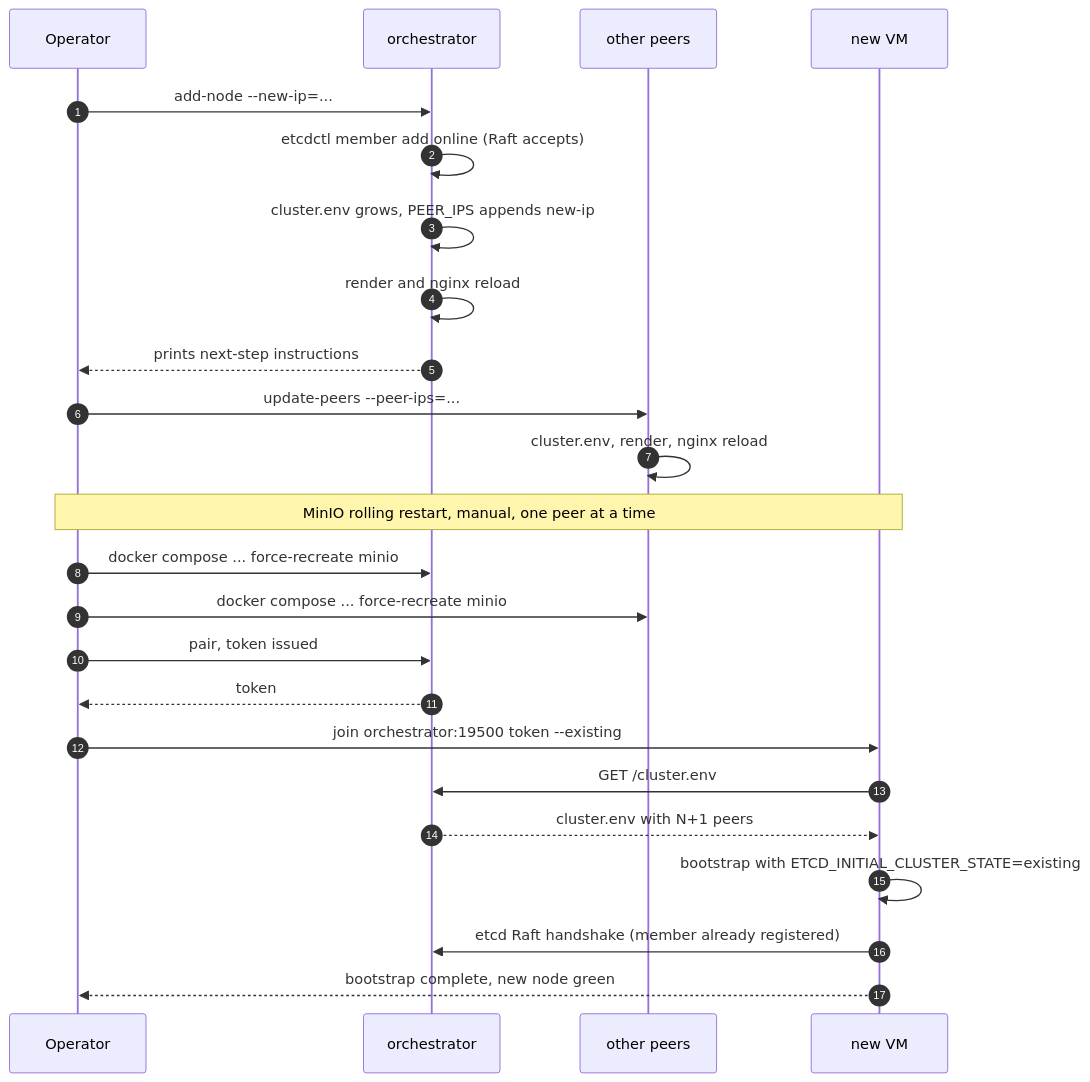
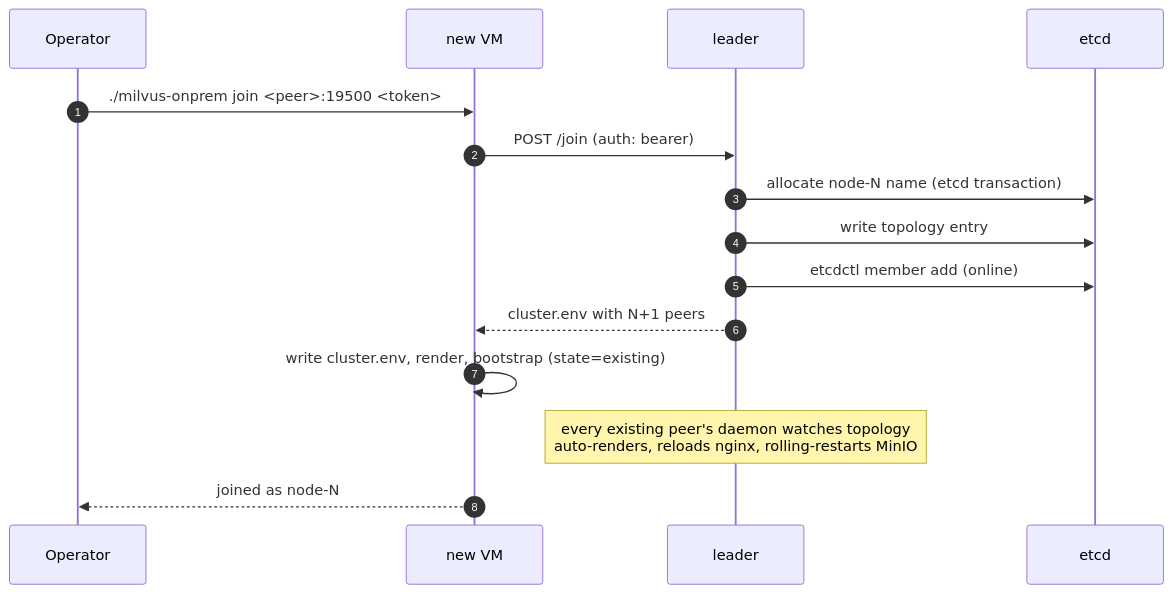
The diagram in docs/OPERATIONS.md (codeadeel/milvus-onprem), drawn with Mermaid before and after one commit. The commit also changed other lines of this file and 27 other files, not shown here.

````diff
--- a/docs/OPERATIONS.md
+++ b/docs/OPERATIONS.md
@@ -287,30 +256,18 @@
 ```mermaid
 sequenceDiagram
   autonumber
   participant Op as Operator
-  participant N1 as orchestrator
-  participant N2 as other peers
-  participant N4 as new VM
+  participant New as new VM
+  participant Lead as leader
+  participant Etcd as etcd
 
-  Op->>N1: add-node --new-ip=...
-  N1->>N1: etcdctl member add online (Raft accepts)
-  N1->>N1: cluster.env grows, PEER_IPS appends new-ip
-  N1->>N1: render and nginx reload
-  N1-->>Op: prints next-step instructions
-
-  Op->>N2: update-peers --peer-ips=...
-  N2->>N2: cluster.env, render, nginx reload
-
-  Note over Op,N4: MinIO rolling restart, manual, one peer at a time
-  Op->>N1: docker compose ... force-recreate minio
-  Op->>N2: docker compose ... force-recreate minio
-
-  Op->>N1: pair, token issued
-  N1-->>Op: token
-  Op->>N4: join orchestrator:19500 token --existing
-  N4->>N1: GET /cluster.env
-  N1-->>N4: cluster.env with N+1 peers
-  N4->>N4: bootstrap with ETCD_INITIAL_CLUSTER_STATE=existing
-  N4->>N1: etcd Raft handshake (member already registered)
-  N4-->>Op: bootstrap complete, new node green
+  Op->>New: ./milvus-onprem join <peer>:19500 <token>
+  New->>Lead: POST /join (auth: bearer)
+  Lead->>Etcd: allocate node-N name (etcd transaction)
+  Lead->>Etcd: write topology entry
+  Lead->>Etcd: etcdctl member add (online)
+  Lead-->>New: cluster.env with N+1 peers
+  New->>New: write cluster.env, render, bootstrap (state=existing)
+  Note over Lead: every existing peer's daemon watches topology<br/>auto-renders, reloads nginx, rolling-restarts MinIO
+  New-->>Op: joined as node-N
 ```
````
